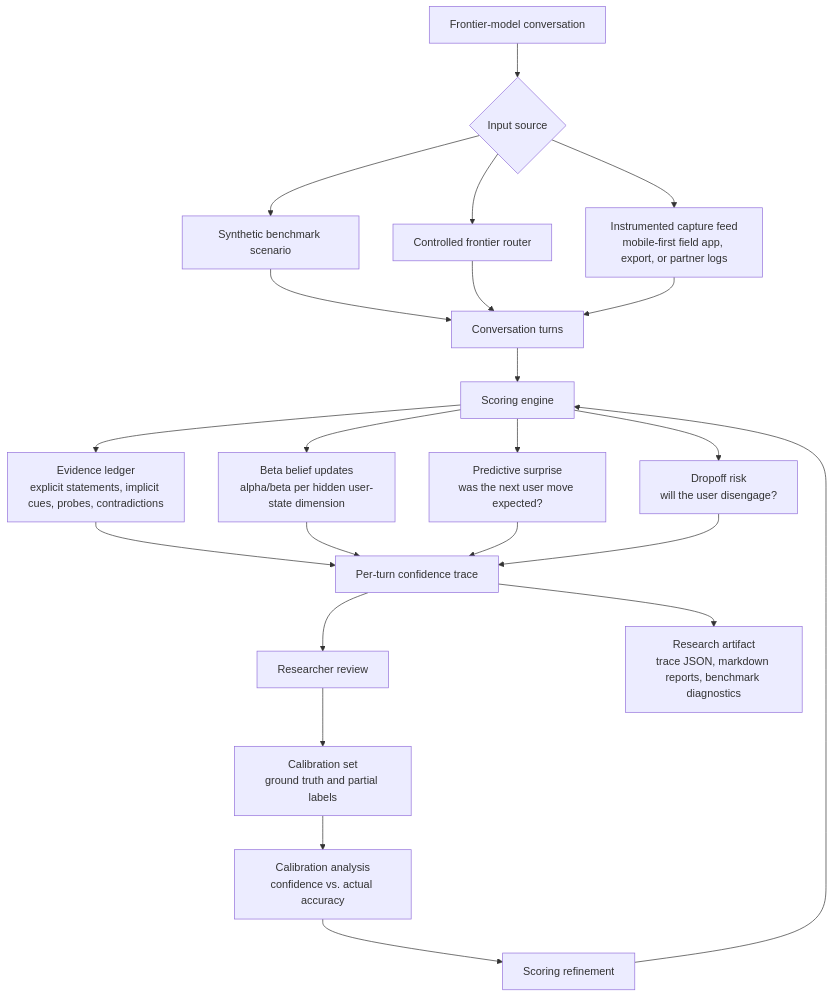
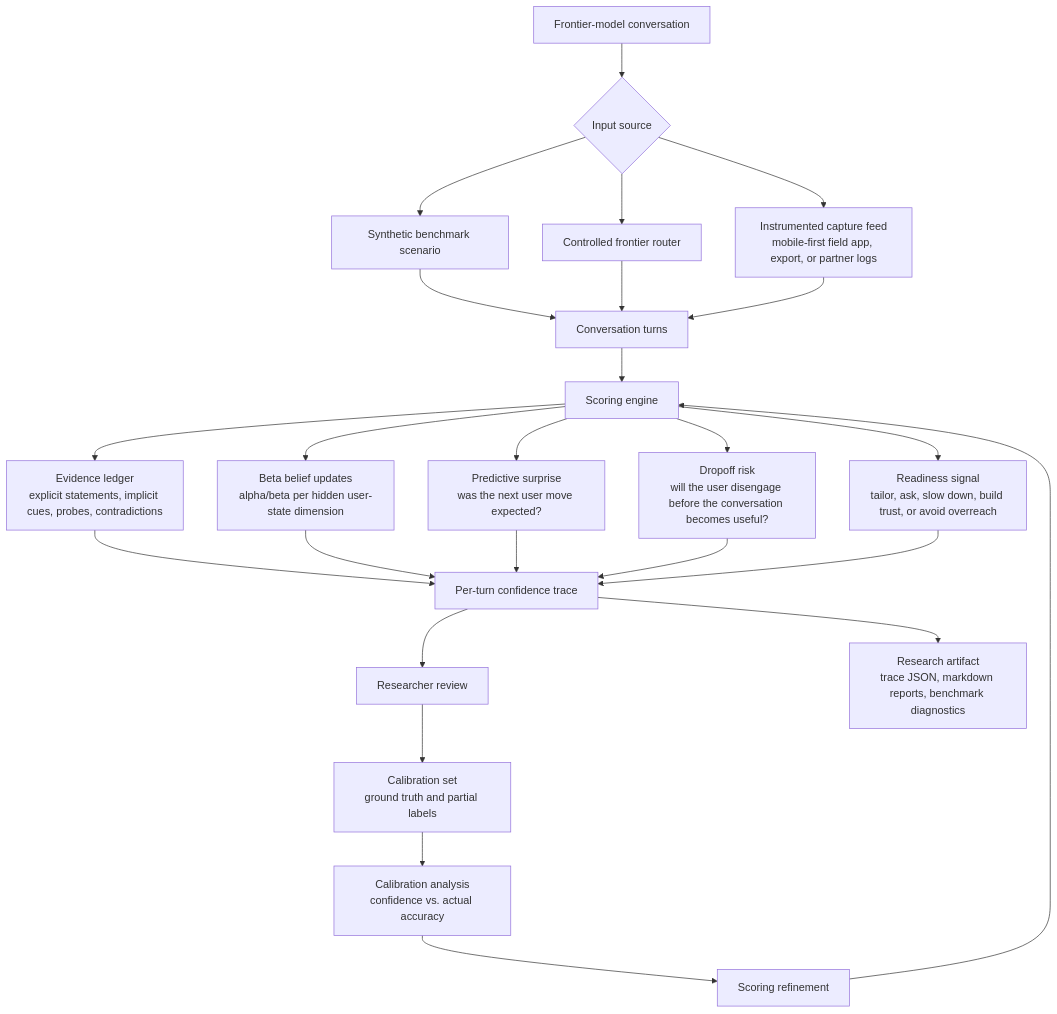
One commit to klo2323/frontier-user-understanding-confidence-benchmark changed the first of 3 diagrams in docs/ARCHITECTURE_DIAGRAM.md. Above: the diagram before and after it, drawn with Mermaid. The commit also changed other lines of this file and 2 other files, not shown here.

````diff
--- a/docs/ARCHITECTURE_DIAGRAM.md
+++ b/docs/ARCHITECTURE_DIAGRAM.md
@@ -11,32 +11,34 @@
 ```mermaid
 graph TD
     A["Frontier-model conversation"] --> B{"Input source"}
 
     B --> B1["Synthetic benchmark scenario"]
     B --> B2["Controlled frontier router"]
     B --> B3["Instrumented capture feed\nmobile-first field app, export, or partner logs"]
 
     B1 --> C["Conversation turns"]
     B2 --> C
     B3 --> C
 
     C --> D["Scoring engine"]
 
     D --> E["Evidence ledger\nexplicit statements, implicit cues, probes, contradictions"]
     D --> F["Beta belief updates\nalpha/beta per hidden user-state dimension"]
     D --> G["Predictive surprise\nwas the next user move expected?"]
-    D --> H["Dropoff risk\nwill the user disengage?"]
+    D --> H["Dropoff risk\nwill the user disengage before the conversation becomes useful?"]
+    D --> Q["Readiness signal\ntailor, ask, slow down, build trust, or avoid overreach"]
 
     E --> I["Per-turn confidence trace"]
     F --> I
     G --> I
     H --> I
+    Q --> I
 
     I --> J["Researcher review"]
     J --> K["Calibration set\nground truth and partial labels"]
     K --> L["Calibration analysis\nconfidence vs. actual accuracy"]
     L --> M["Scoring refinement"]
     M --> D
 
     I --> N["Research artifact\ntrace JSON, markdown reports, benchmark diagnostics"]
 ```
````
